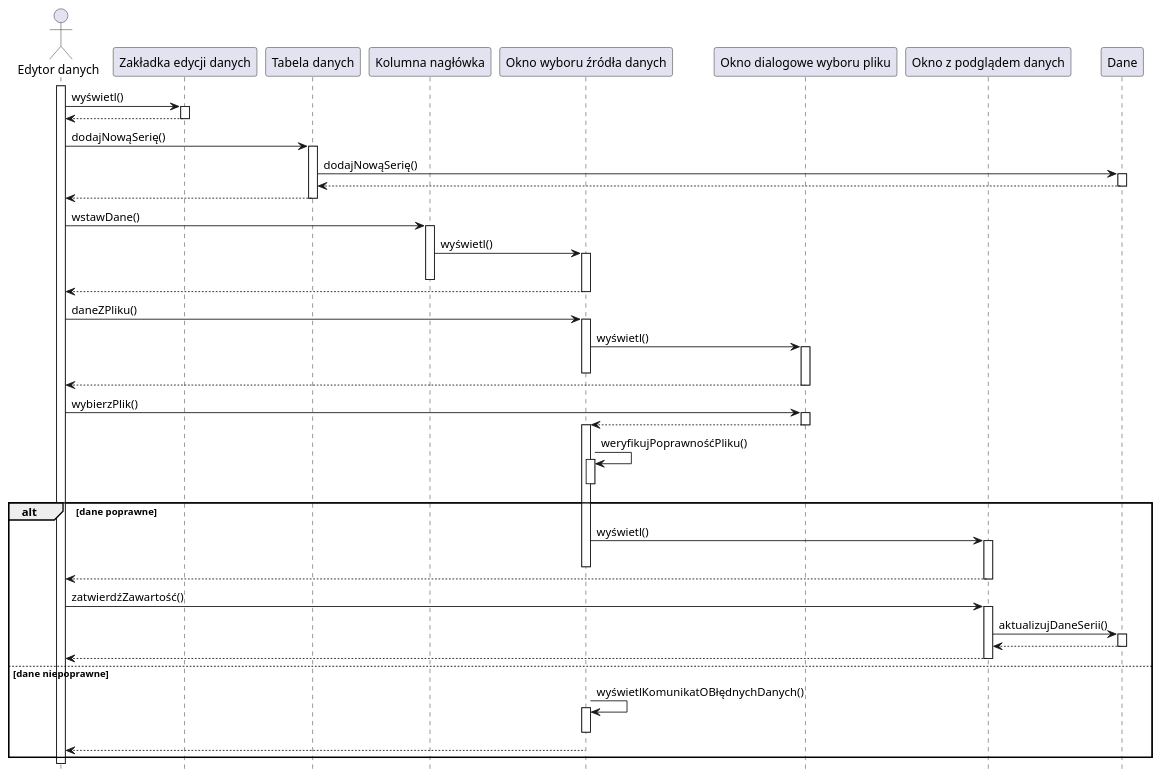
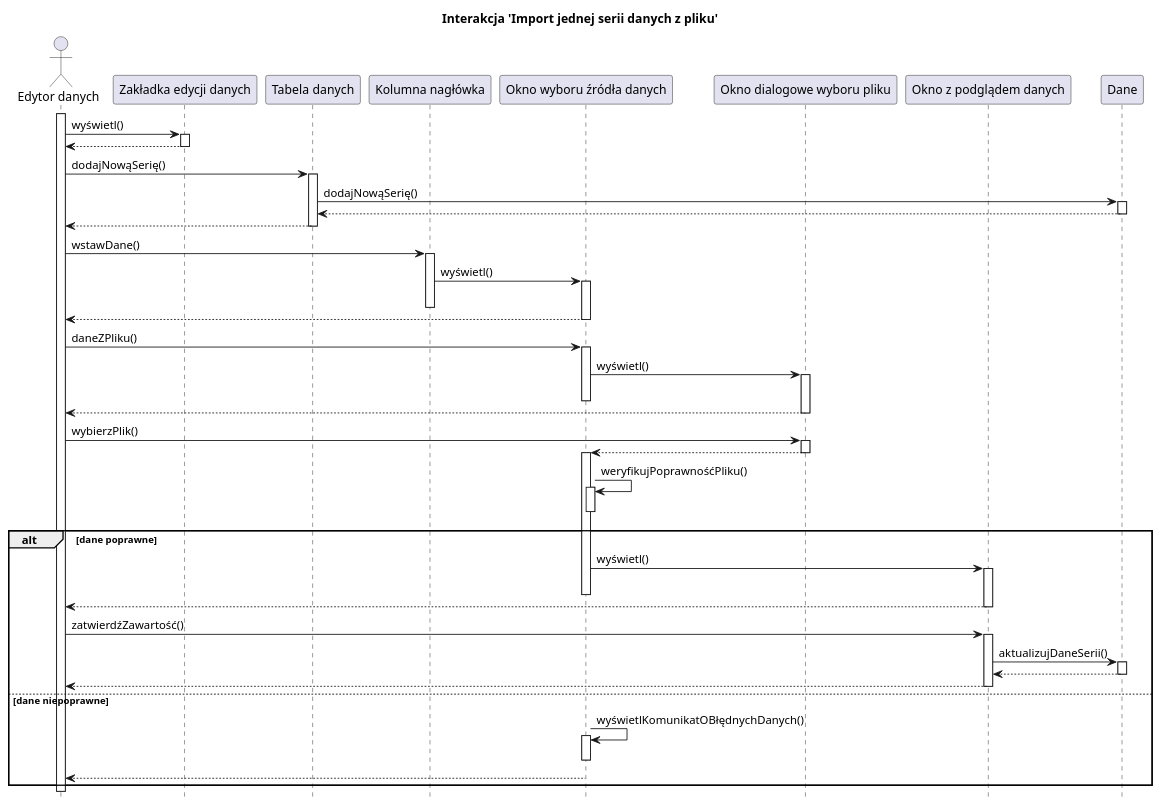
One commit to resultfulness/pgui-uml changed the diagram in src/ui/interactions/seq__import_jednej_serii_danych_z_pliku.puml. Above: the diagram before and after it, drawn with PlantUML. The commit also changed 9 other files, not shown here.

```diff
--- a/src/ui/interactions/seq__import_jednej_serii_danych_z_pliku.puml
+++ b/src/ui/interactions/seq__import_jednej_serii_danych_z_pliku.puml
@@ -1,56 +1,58 @@
 @startuml
 hide footbox
 autoactivate on
+
+title Interakcja 'Import jednej serii danych z pliku'
 
 actor "Edytor danych" as e
 participant "Zakładka edycji danych" as tab
 participant "Tabela danych" as table
 participant "Kolumna nagłówka" as theader
 participant "Okno wyboru źródła danych" as data_inputchoice_win
 participant "Okno dialogowe wyboru pliku" as file_selector_win
 participant "Okno z podglądem danych" as data_preview_win
 participant Dane as data
 
 activate e
 
 e -> tab : wyświetl()
 return
 
 e -> table : dodajNowąSerię()
 table -> data : dodajNowąSerię()
 return
 return
 
 e -> theader : wstawDane()
 theader -> data_inputchoice_win : wyświetl()
 deactivate theader
 data_inputchoice_win --> e
 
 e -> data_inputchoice_win : daneZPliku()
 data_inputchoice_win -> file_selector_win : wyświetl()
 deactivate data_inputchoice_win
 file_selector_win --> e
 
 e -> file_selector_win : wybierzPlik()
 file_selector_win --> data_inputchoice_win
 activate data_inputchoice_win
 
 data_inputchoice_win -> data_inputchoice_win : weryfikujPoprawnośćPliku()
 deactivate data_inputchoice_win
 
 alt dane poprawne
     data_inputchoice_win -> data_preview_win : wyświetl()
     deactivate data_inputchoice_win
     data_preview_win --> e
     e -> data_preview_win : zatwierdźZawartość()
     data_preview_win -> data : aktualizujDaneSerii()
     return
     return
 else dane niepoprawne
     data_inputchoice_win -> data_inputchoice_win : wyświetlKomunikatOBłędnychDanych()
     deactivate data_inputchoice_win
     data_inputchoice_win --> e
 end
 
 deactivate e
 @enduml
```
